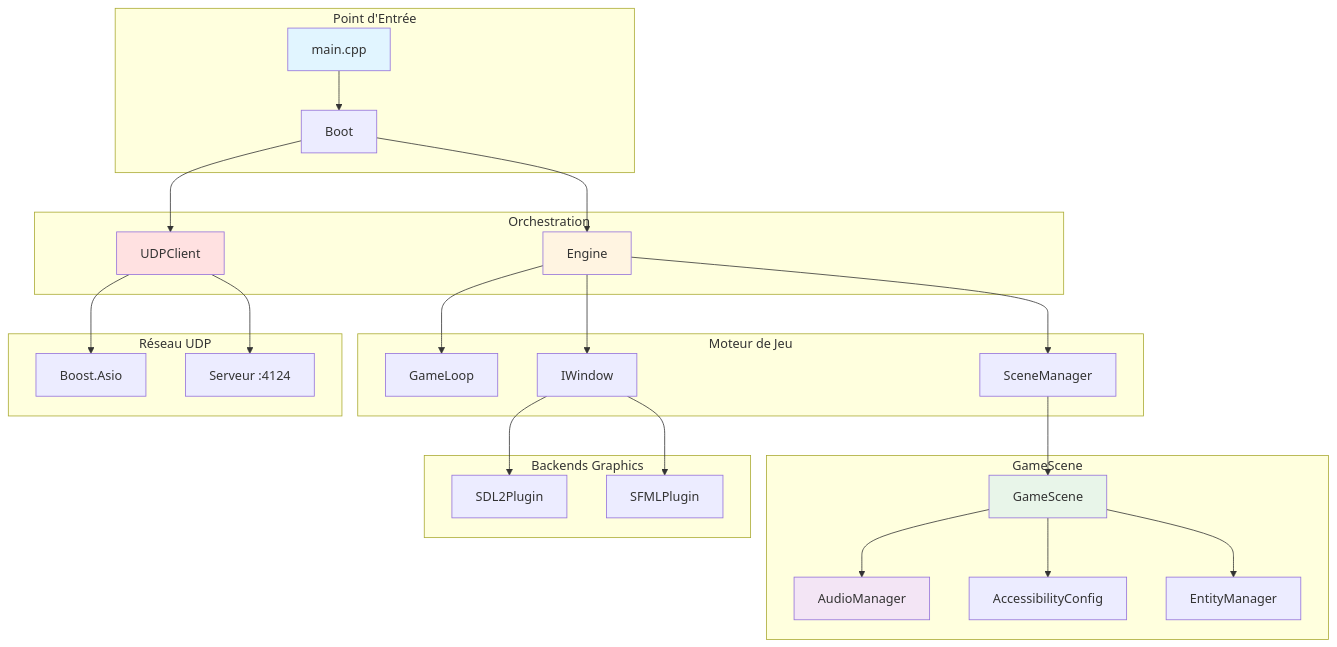
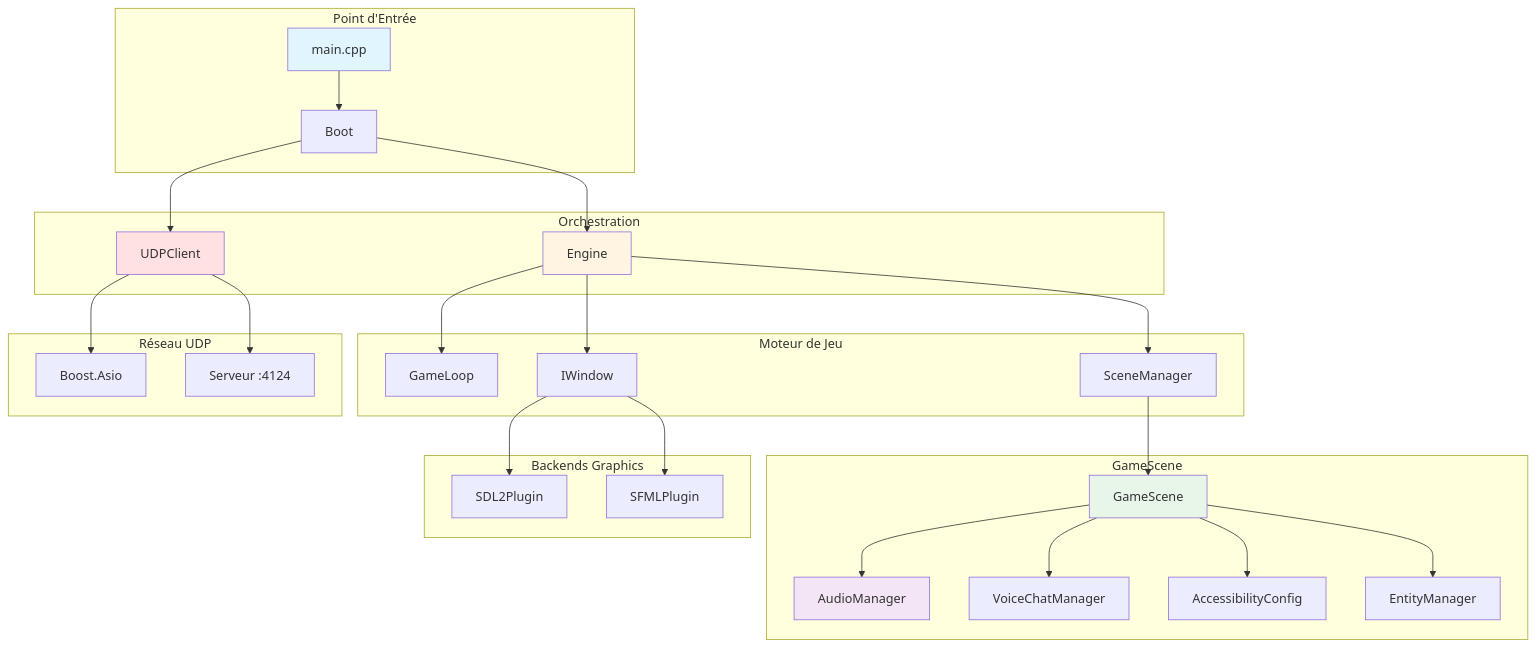
Before and after one commit to ChrisG-L/rtype: the first of 2 diagrams in docs/client/index.md, drawn with Mermaid. The commit also changed other lines of this file and 40 other files, not shown here.

````diff
--- a/docs/client/index.md
+++ b/docs/client/index.md
@@ -130,40 +133,41 @@
 ```mermaid
 graph TB
     subgraph "Point d'Entrée"
         A[main.cpp] --> B[Boot]
     end
 
     subgraph "Orchestration"
         B --> C[Engine]
         B --> D[UDPClient]
     end
 
     subgraph "Moteur de Jeu"
         C --> E[GameLoop]
         C --> F[SceneManager]
         C --> G[IWindow]
     end
 
     subgraph "GameScene"
         F --> H[GameScene]
         H --> I[AudioManager]
+        H --> V[VoiceChatManager]
         H --> J[AccessibilityConfig]
         H --> K[EntityManager]
     end
 
     subgraph "Backends Graphics"
         G --> L[SDL2Plugin]
         G --> M[SFMLPlugin]
     end
 
     subgraph "Réseau UDP"
         D --> N[Boost.Asio]
         D --> O[Serveur :4124]
     end
 
     style A fill:#e1f5ff
     style C fill:#fff4e1
     style D fill:#ffe1e1
     style H fill:#e8f5e9
     style I fill:#f3e5f5
 ```
````
